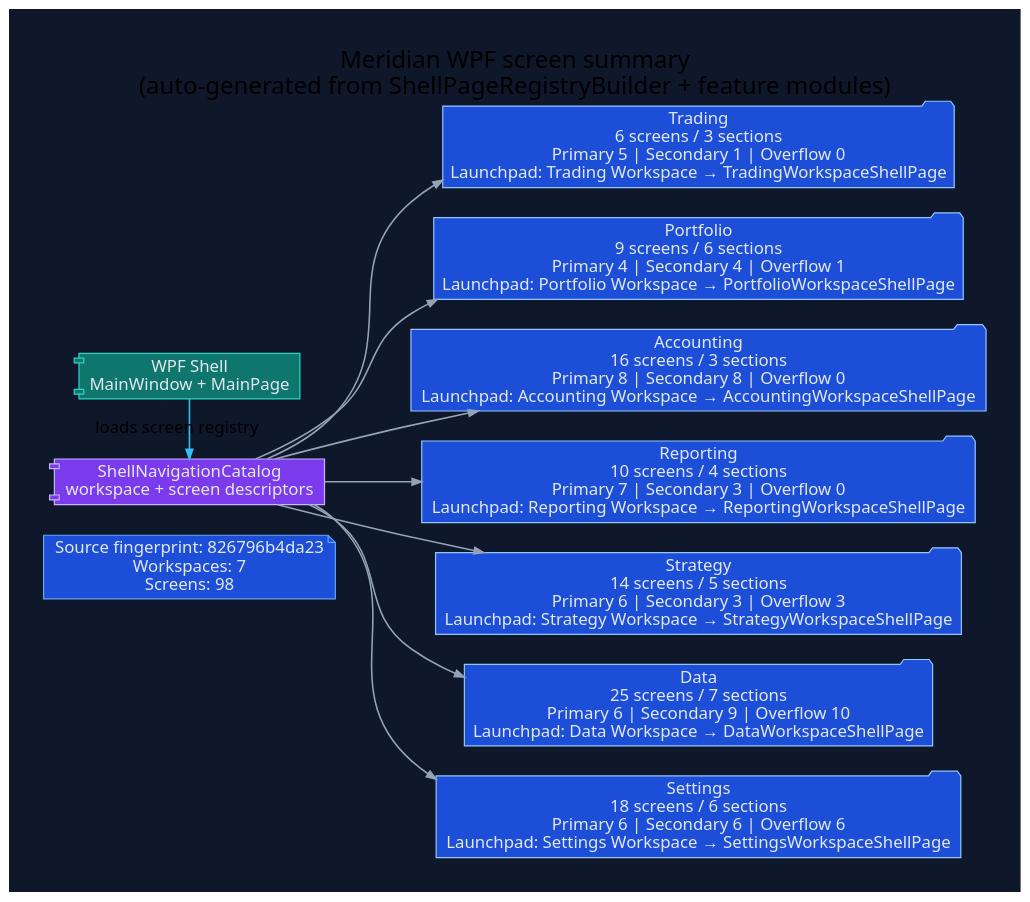
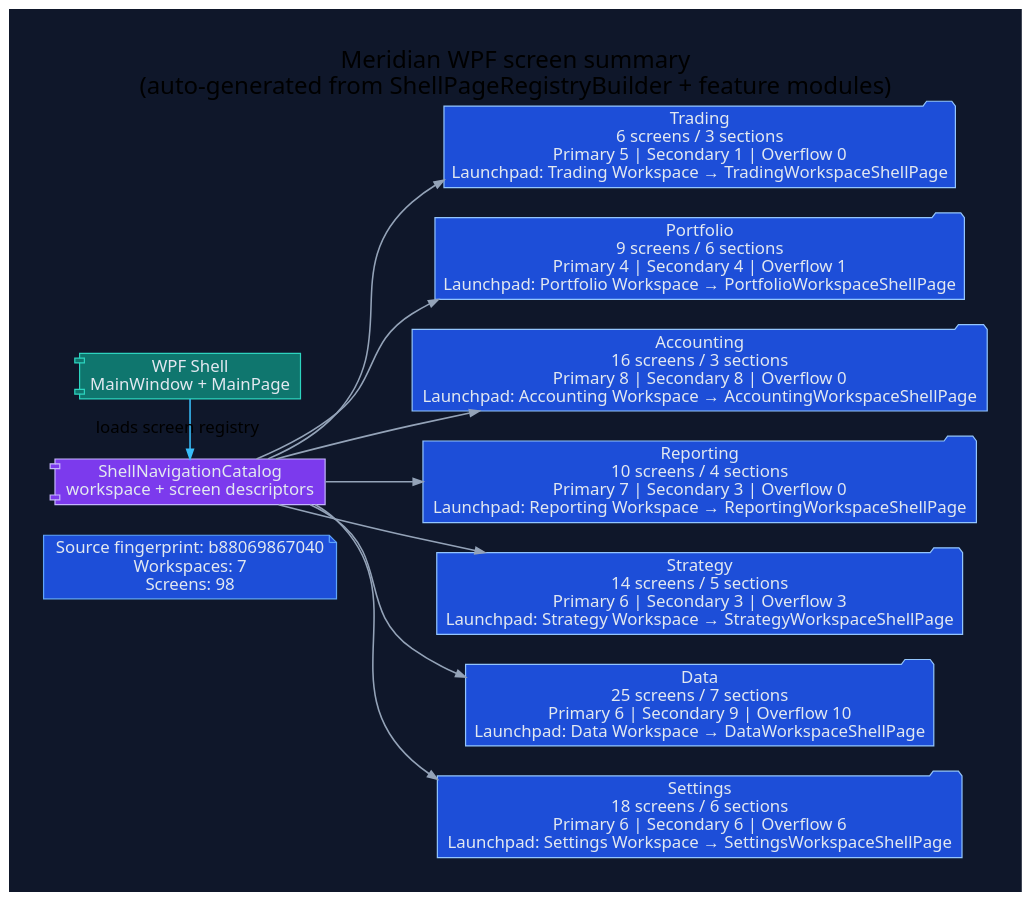
The diagram in docs/diagrams/ui-wpf-screen-summary.dot (rodoHasArrived/Meridian-main), drawn with Graphviz before and after one commit. The commit also changed 96 other files, not shown here.

First line of the commit message:
Refresh reviewed generated documentation and source hashes for the stack

```diff
--- a/docs/diagrams/ui-wpf-screen-summary.dot
+++ b/docs/diagrams/ui-wpf-screen-summary.dot
@@ -1,42 +1,42 @@
 // -----------------------------------------------------------------------------
 // <auto-generated>
 // Generated by scripts/generate-diagrams.mjs.
 // Do not edit this file directly; update the WPF source files instead.
 // -----------------------------------------------------------------------------
 digraph WpfScreenSummary {
   graph [
     rankdir=LR,
     labelloc=t,
     label="Meridian WPF screen summary\n(auto-generated from ShellPageRegistryBuilder + feature modules)",
     fontname="Segoe UI",
     fontsize=20,
     pad=0.4,
     nodesep=0.35,
     ranksep=0.85,
     bgcolor="#0f172a"
   ];
   node [fontname="Segoe UI", shape=box, style="rounded,filled", color="#475569", fontcolor="#e2e8f0", fillcolor="#1e293b"];
   edge [fontname="Segoe UI", color="#94a3b8", penwidth=1.3, arrowsize=0.8];
 
-  generated [shape=note, fillcolor="#1d4ed8", color="#60a5fa", label="Source fingerprint: 826796b4da23\nWorkspaces: 7\nScreens: 98"];
+  generated [shape=note, fillcolor="#1d4ed8", color="#60a5fa", label="Source fingerprint: b88069867040\nWorkspaces: 7\nScreens: 98"];
   shell [shape=component, fillcolor="#0f766e", color="#2dd4bf", label="WPF Shell\nMainWindow + MainPage"];
   catalog [shape=component, fillcolor="#7c3aed", color="#c4b5fd", label="ShellNavigationCatalog\nworkspace + screen descriptors"];
   shell -> catalog [label="loads screen registry", color="#38bdf8"];
 
   workspace_1 [shape=folder, fillcolor="#1d4ed8", color="#93c5fd", label="Trading\n6 screens / 3 sections\nPrimary 5 | Secondary 1 | Overflow 0\nLaunchpad: Trading Workspace → TradingWorkspaceShellPage"];
   catalog -> workspace_1;
   workspace_2 [shape=folder, fillcolor="#1d4ed8", color="#93c5fd", label="Portfolio\n9 screens / 6 sections\nPrimary 4 | Secondary 4 | Overflow 1\nLaunchpad: Portfolio Workspace → PortfolioWorkspaceShellPage"];
   catalog -> workspace_2;
   workspace_3 [shape=folder, fillcolor="#1d4ed8", color="#93c5fd", label="Accounting\n16 screens / 3 sections\nPrimary 8 | Secondary 8 | Overflow 0\nLaunchpad: Accounting Workspace → AccountingWorkspaceShellPage"];
   catalog -> workspace_3;
   workspace_4 [shape=folder, fillcolor="#1d4ed8", color="#93c5fd", label="Reporting\n10 screens / 4 sections\nPrimary 7 | Secondary 3 | Overflow 0\nLaunchpad: Reporting Workspace → ReportingWorkspaceShellPage"];
   catalog -> workspace_4;
   workspace_5 [shape=folder, fillcolor="#1d4ed8", color="#93c5fd", label="Strategy\n14 screens / 5 sections\nPrimary 6 | Secondary 3 | Overflow 3\nLaunchpad: Strategy Workspace → StrategyWorkspaceShellPage"];
   catalog -> workspace_5;
   workspace_6 [shape=folder, fillcolor="#1d4ed8", color="#93c5fd", label="Data\n25 screens / 7 sections\nPrimary 6 | Secondary 9 | Overflow 10\nLaunchpad: Data Workspace → DataWorkspaceShellPage"];
   catalog -> workspace_6;
   workspace_7 [shape=folder, fillcolor="#1d4ed8", color="#93c5fd", label="Settings\n18 screens / 6 sections\nPrimary 6 | Secondary 6 | Overflow 6\nLaunchpad: Settings Workspace → SettingsWorkspaceShellPage"];
   catalog -> workspace_7;
 
   { rank=min; generated; shell; catalog; }
 }
```
